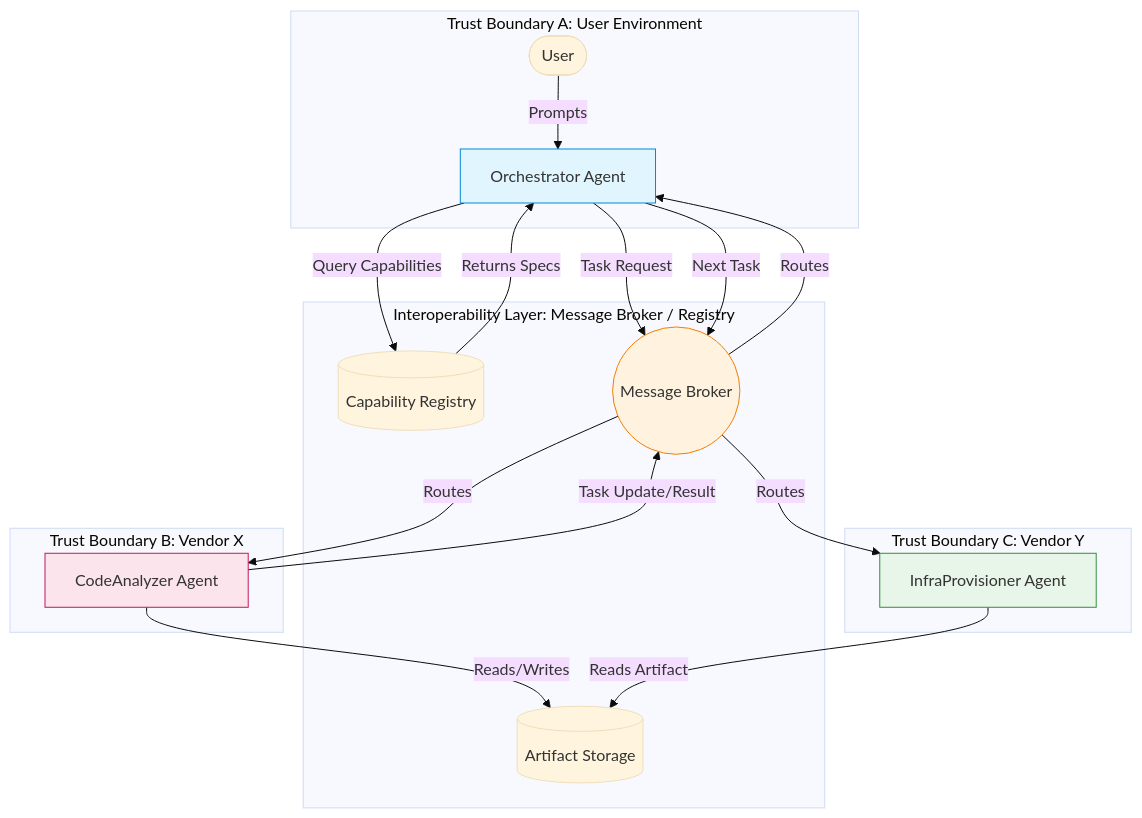
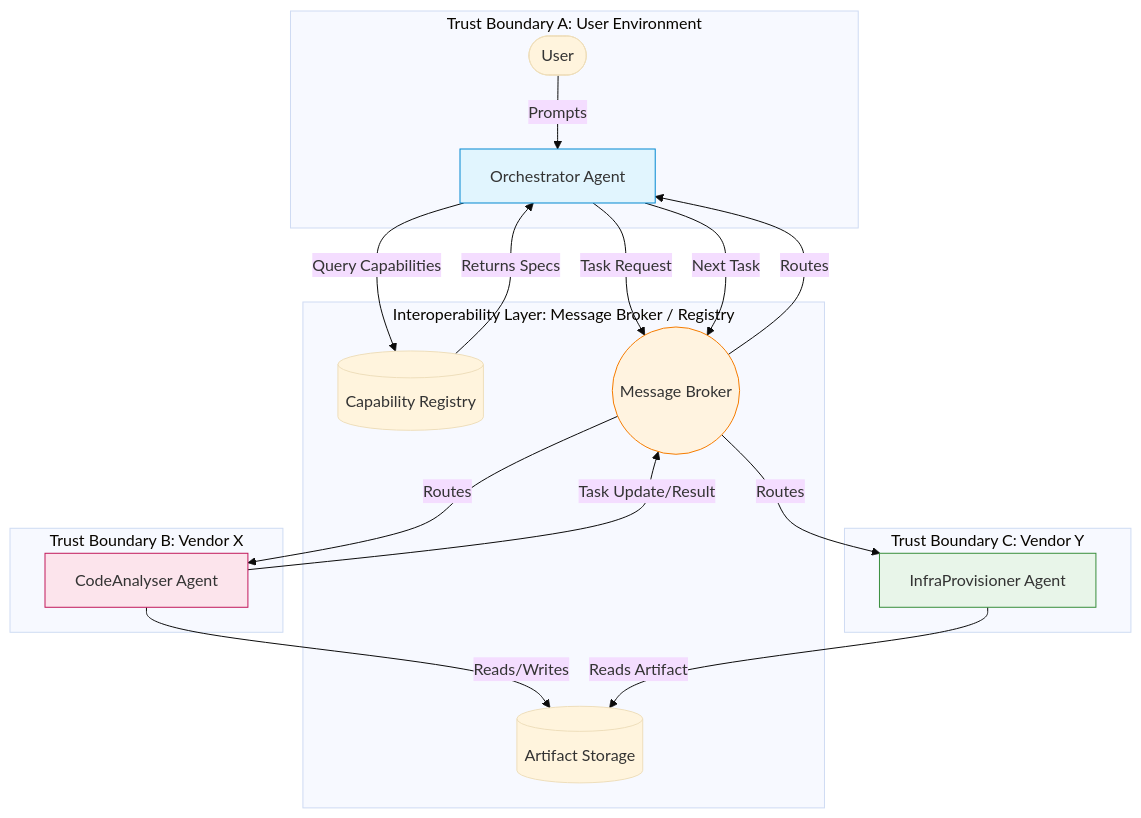
Before and after one commit to vuhung16au/prompt-to-system: the diagram in src/content/lessons/agent-to-agent-interoperability.md, drawn with Mermaid (base theme). The commit also changed other lines of this file and 89 other files, not shown here.

````diff
--- a/src/content/lessons/agent-to-agent-interoperability.md
+++ b/src/content/lessons/agent-to-agent-interoperability.md
@@ -48,42 +48,42 @@
 ```mermaid
 flowchart TD
     subgraph Trust Boundary A: User Environment
         User([User])
         Orchestrator[Orchestrator Agent]
     end
 
     subgraph Interoperability Layer: Message Broker / Registry
         Registry[(Capability Registry)]
         Broker((Message Broker))
         Storage[(Artifact Storage)]
     end
 
     subgraph Trust Boundary B: Vendor X
-        AgentX[CodeAnalyzer Agent]
+        AgentX[CodeAnalyser Agent]
     end
 
     subgraph Trust Boundary C: Vendor Y
         AgentY[InfraProvisioner Agent]
     end
 
     User -->|Prompts| Orchestrator
     Orchestrator -->|Query Capabilities| Registry
     Registry -->|Returns Specs| Orchestrator
 
     Orchestrator -->|Task Request| Broker
     Broker -->|Routes| AgentX
     
     AgentX -->|Reads/Writes| Storage
     AgentX -->|Task Update/Result| Broker
     Broker -->|Routes| Orchestrator
 
     Orchestrator -->|Next Task| Broker
     Broker -->|Routes| AgentY
     AgentY -->|Reads Artifact| Storage
 
     %% Failure Boundaries
     style Orchestrator fill:#e1f5fe,stroke:#0288d1
     style AgentX fill:#fce4ec,stroke:#c2185b
     style AgentY fill:#e8f5e9,stroke:#388e3c
     style Broker fill:#fff3e0,stroke:#f57c00
 ```
````
